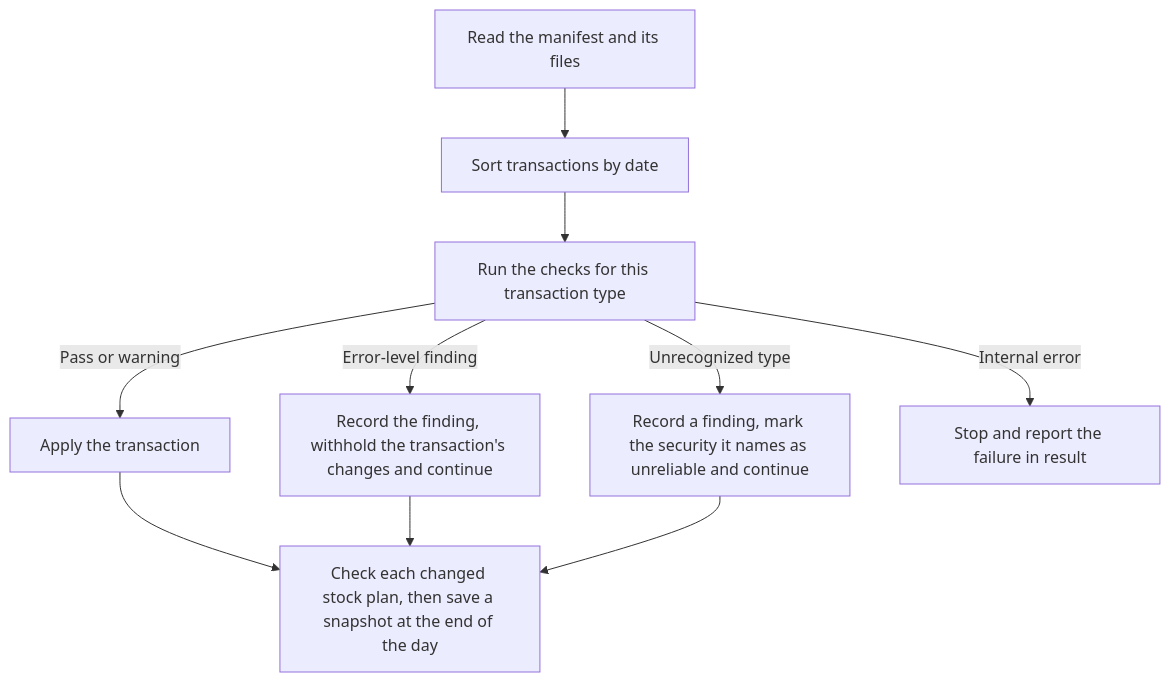
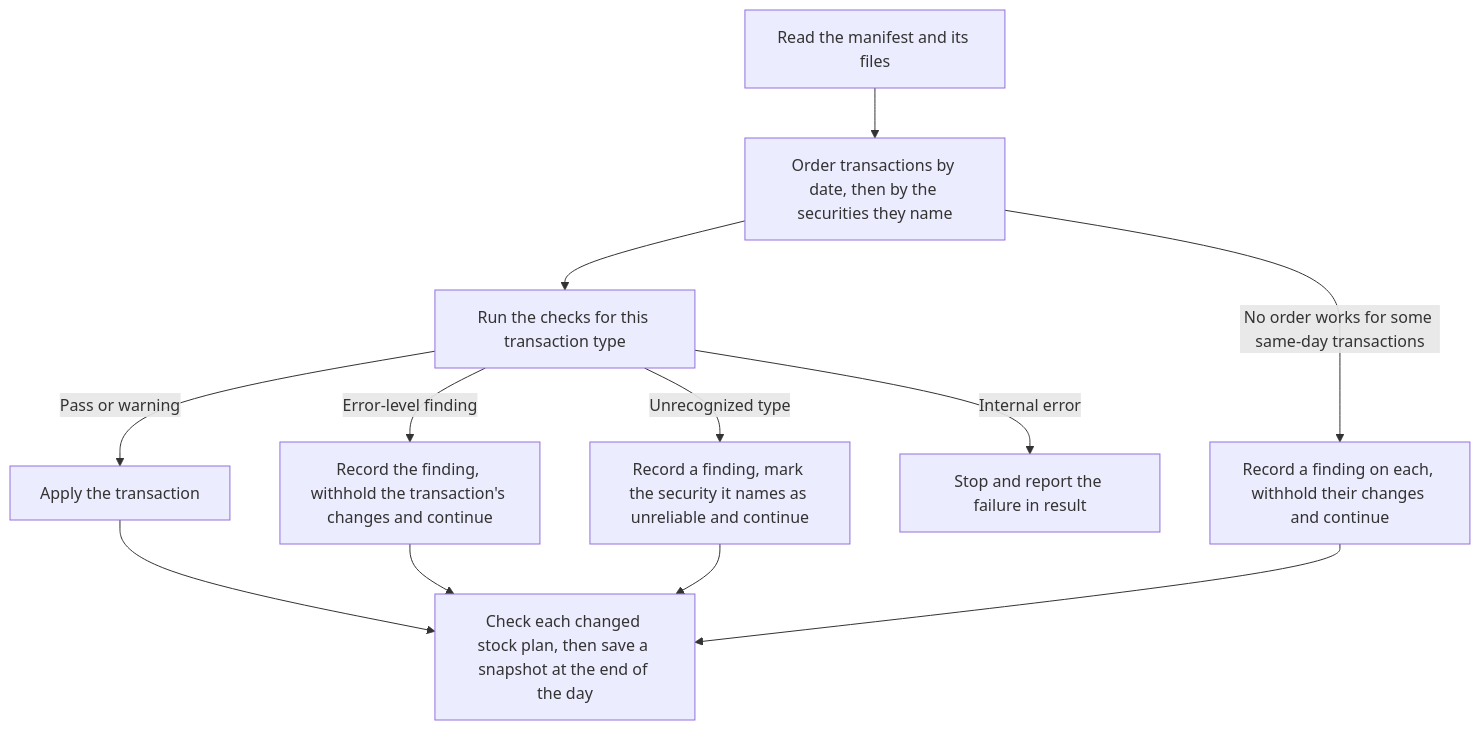
Before and after one commit to Open-Cap-Table-Coalition/OCF-Tools: the diagram in README.md, drawn with Mermaid. The commit also changed other lines of this file and 22 other files, not shown here.

````diff
--- a/README.md
+++ b/README.md
@@ -33,12 +33,14 @@
 ```mermaid
 flowchart TD
-    A["Read the manifest and its files"] --> B["Sort transactions by date"]
+    A["Read the manifest and its files"] --> B["Order transactions by date, then by the securities they name"]
     B --> C["Run the checks for this transaction type"]
     C -->|Pass or warning| D["Apply the transaction"]
     C -->|Error-level finding| E["Record the finding, withhold the transaction's changes and continue"]
     C -->|Unrecognized type| H["Record a finding, mark the security it names as unreliable and continue"]
+    B -->|No order works for some same-day transactions| I["Record a finding on each, withhold their changes and continue"]
     C -->|Internal error| F["Stop and report the failure in result"]
     D --> G["Check each changed stock plan, then save a snapshot at the end of the day"]
     E --> G
     H --> G
+    I --> G
 ```
````
